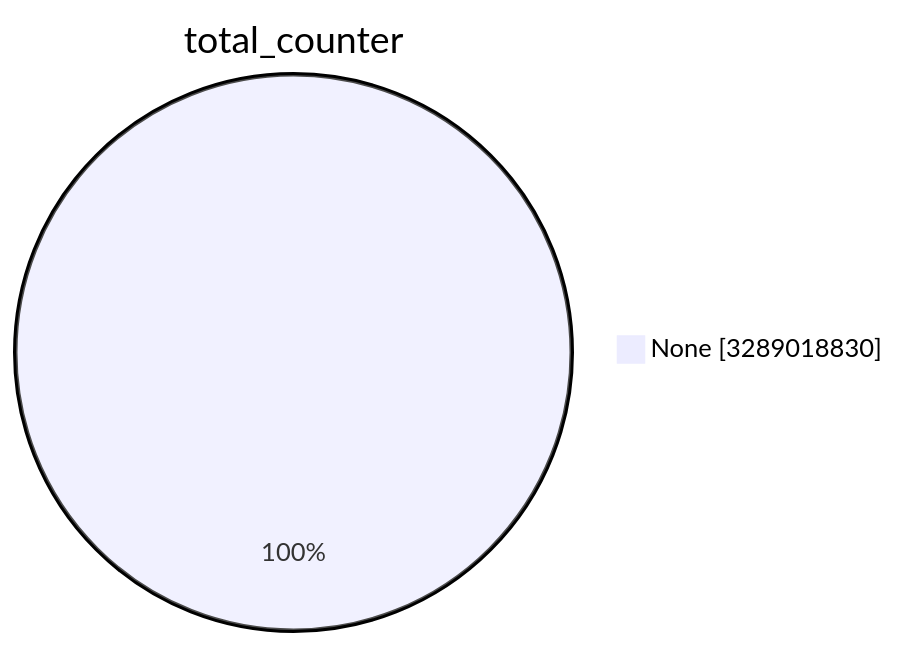
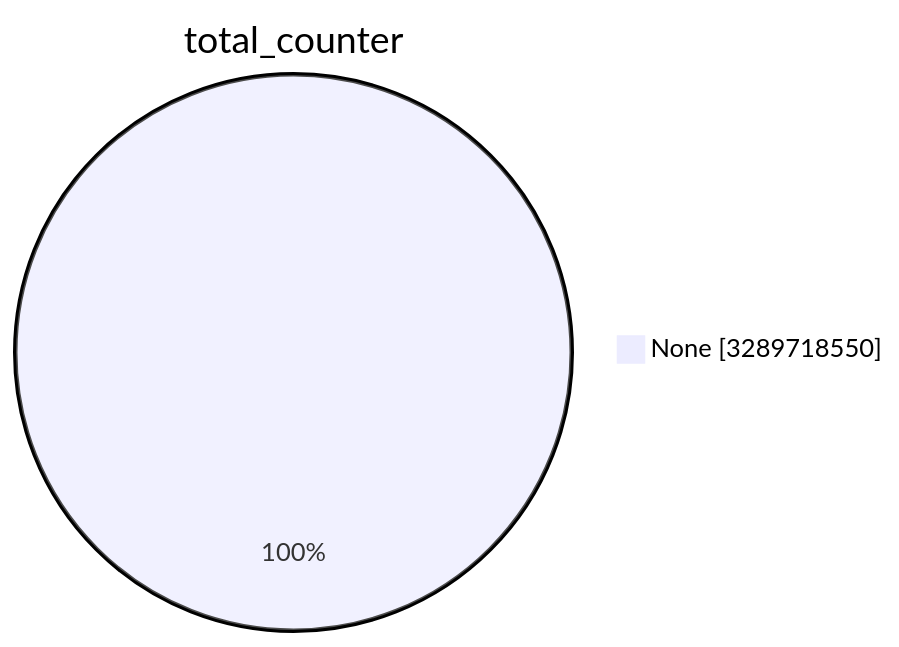
One commit to christiankrug/ctmonitor_visualization changed the first of 15 diagrams in TOTAL/README.md. Above: the diagram before and after it, drawn with Mermaid. The commit also changed other lines of this file, not shown here.

````diff
--- a/TOTAL/README.md
+++ b/TOTAL/README.md
@@ -1,5 +1,5 @@
 ```mermaid
 pie showData
 title total_counter
-"None" :3289018830
+"None" :3289718550
 ```
````
